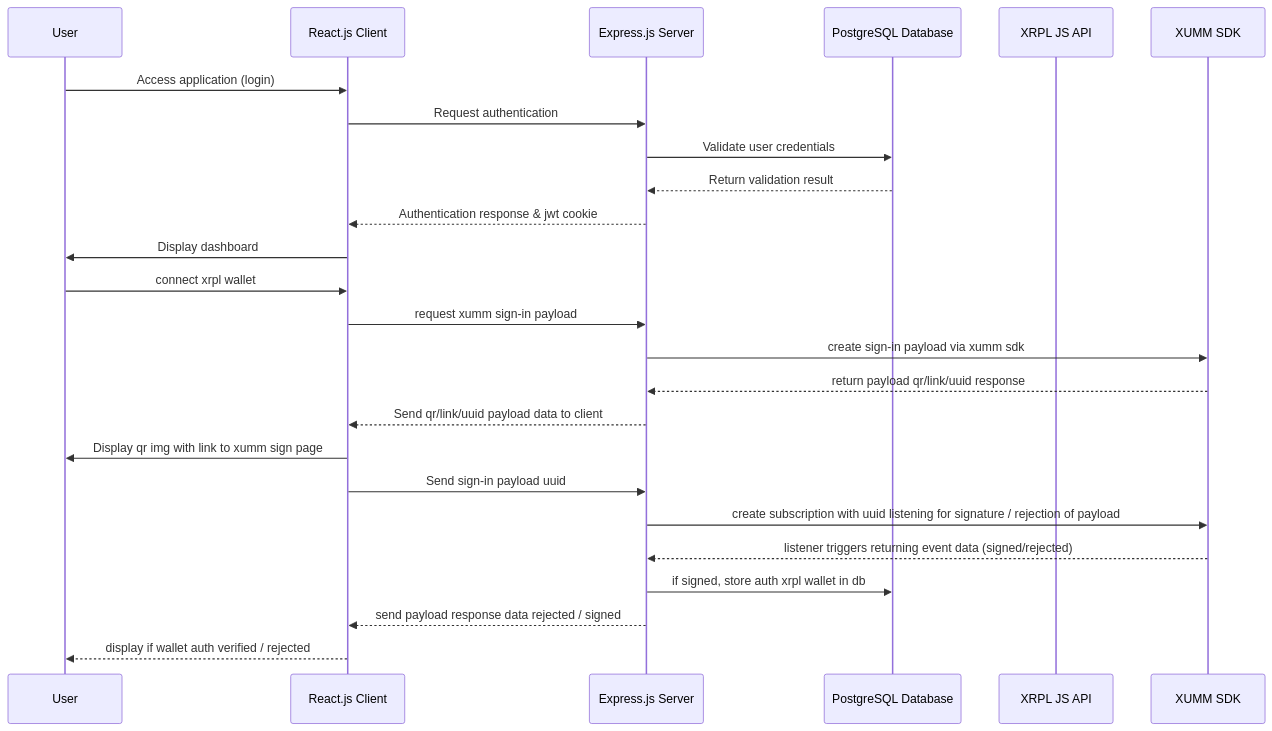
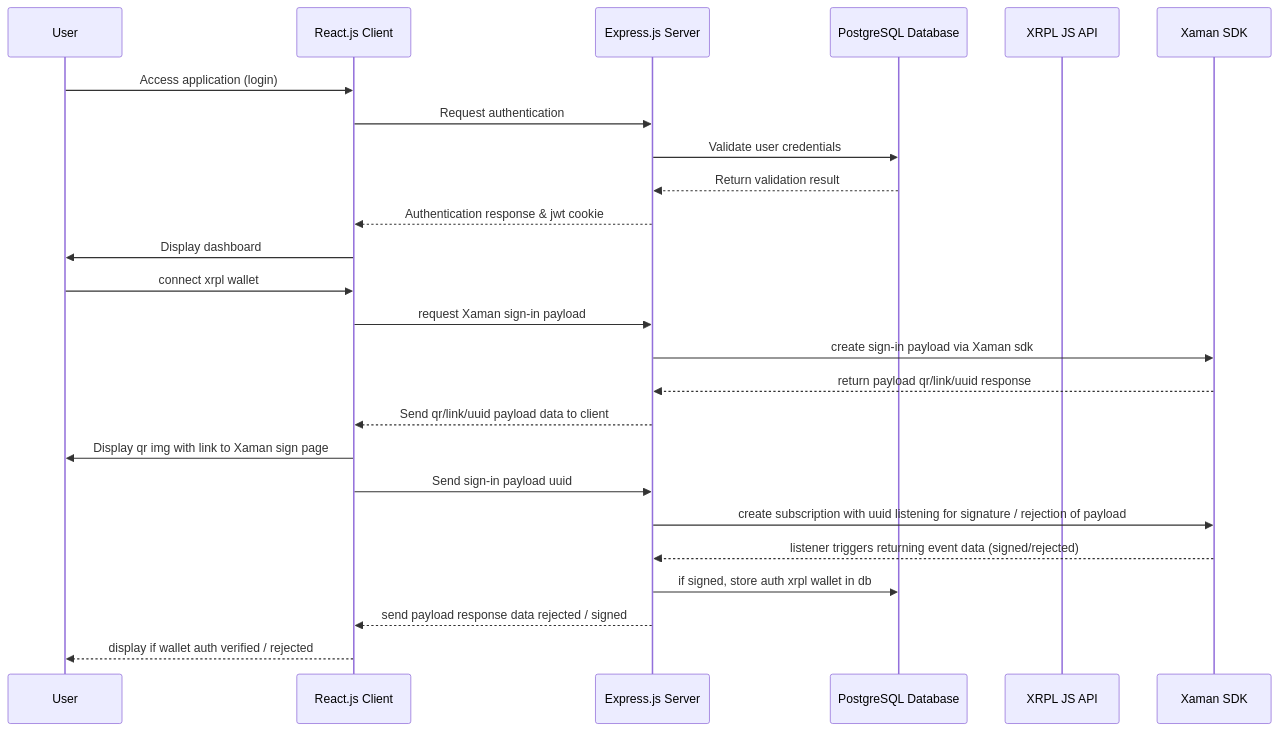
Before and after one commit to LedgerIntegrations/SigVerify: the diagram in sigVerify-backend/README.md, drawn with Mermaid. The commit also changed 41 other files, not shown here.

````diff
--- a/sigVerify-backend/README.md
+++ b/sigVerify-backend/README.md
@@ -1,29 +1,29 @@
 ```mermaid
 sequenceDiagram
     participant User as User
     participant Client as React.js Client
     participant Server as Express.js Server
     participant Database as PostgreSQL Database
     participant XRPL_API as XRPL JS API
-    participant XUMM_SDK as XUMM SDK
+    participant Xaman_SDK as Xaman SDK
 
     User->>Client: Access application (login)
     Client->>Server: Request authentication
     Server->>Database: Validate user credentials
     Database-->>Server: Return validation result
     Server-->>Client: Authentication response & jwt cookie
     Client->>User: Display dashboard
 
     User->>Client: connect xrpl wallet
-    Client->>Server: request xumm sign-in payload
-    Server->>XUMM_SDK: create sign-in payload via xumm sdk
-    XUMM_SDK-->>Server: return payload qr/link/uuid response
+    Client->>Server: request Xaman sign-in payload
+    Server->>Xaman_SDK: create sign-in payload via Xaman sdk
+    Xaman_SDK-->>Server: return payload qr/link/uuid response
     Server-->>Client: Send qr/link/uuid payload data to client
-    Client->>User: Display qr img with link to xumm sign page
+    Client->>User: Display qr img with link to Xaman sign page
     Client->>Server: Send sign-in payload uuid
-    Server->>XUMM_SDK: create subscription with uuid listening for signature / rejection of payload
-    XUMM_SDK-->>Server: listener triggers returning event data (signed/rejected)
+    Server->>Xaman_SDK: create subscription with uuid listening for signature / rejection of payload
+    Xaman_SDK-->>Server: listener triggers returning event data (signed/rejected)
     Server->>Database: if signed, store auth xrpl wallet in db
     Server-->>Client: send payload response data rejected / signed
     Client-->>User: display if wallet auth verified / rejected
 ```
````
